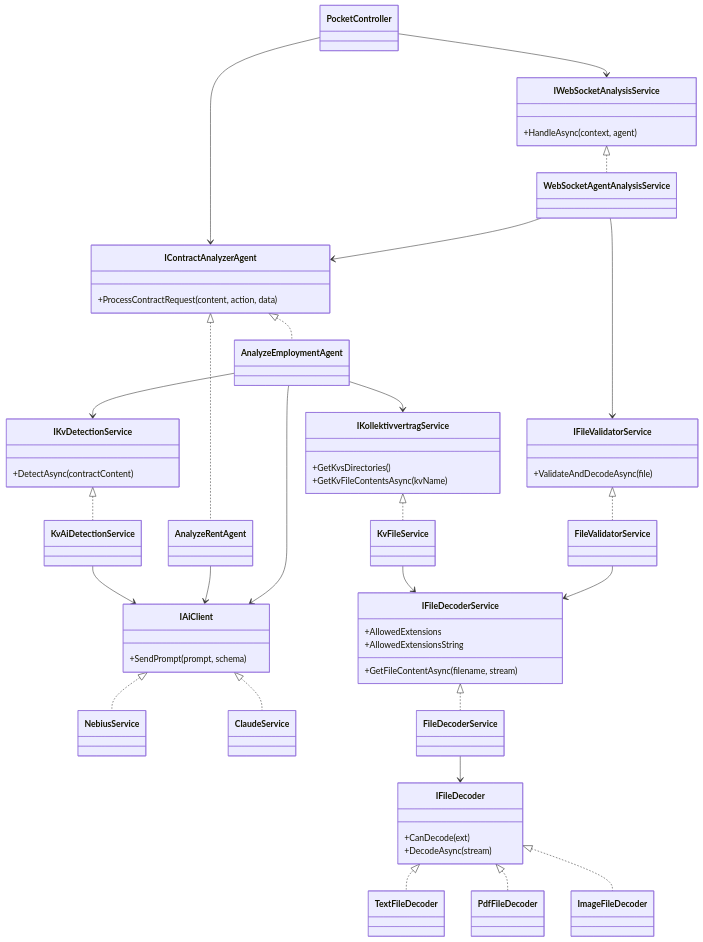
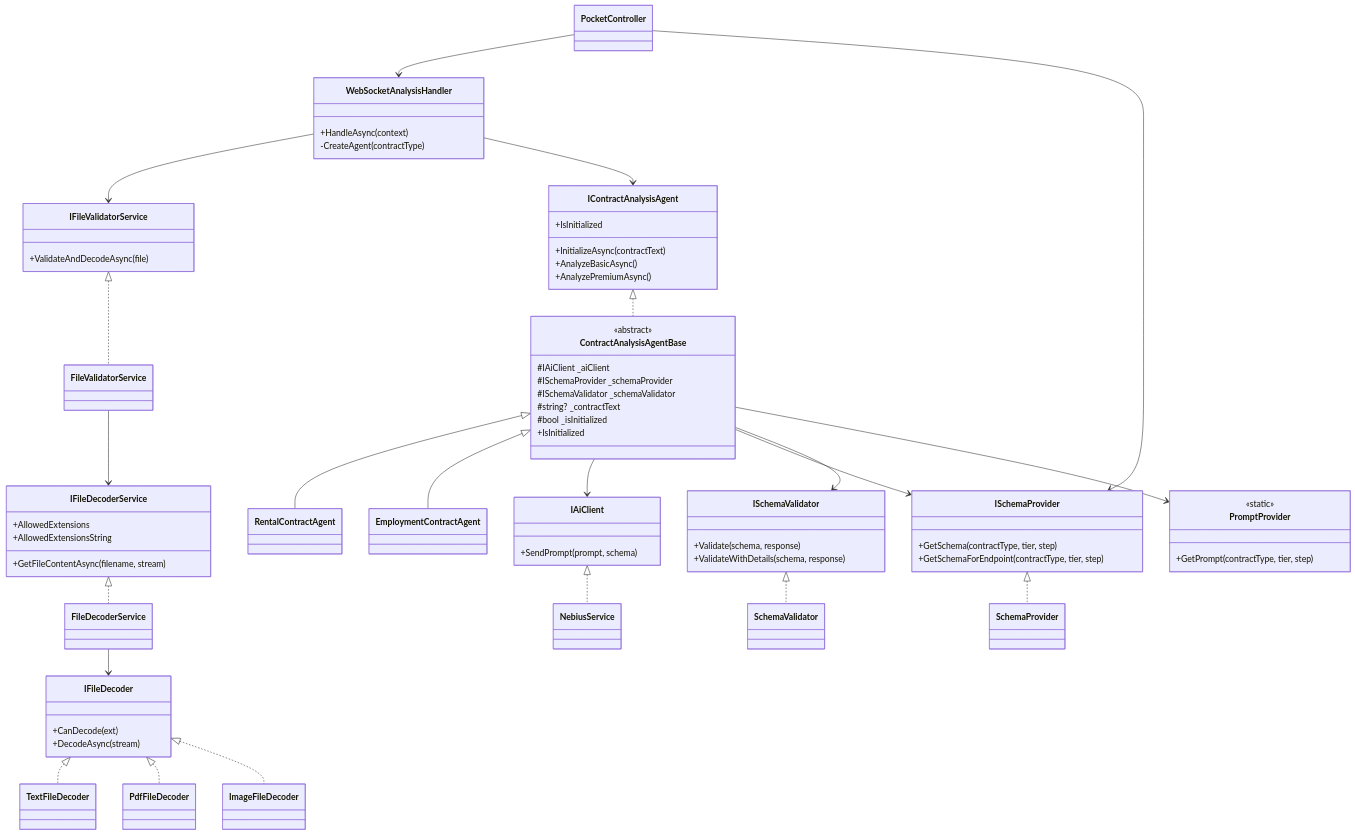
The ninth of 9 diagrams in docs/Diagrams/diagrams.md (sebastian-305/PocketLawyer), drawn with Mermaid before and after one commit. The commit also changed other lines of this file and 85 other files, not shown here.

Commit message:
Big rework. New Agent logic. New output design. Automatic rendering wich Schema-Styling information. SST.

````diff
--- a/docs/Diagrams/diagrams.md
+++ b/docs/Diagrams/diagrams.md
@@ -475,29 +606,58 @@
         +SendPrompt(prompt, schema)
     }
     class NebiusService
-    class ClaudeService
     IAiClient <|.. NebiusService
-    IAiClient <|.. ClaudeService
 
-    class IContractAnalyzerAgent {
-        +ProcessContractRequest(content, action, data)
+    class IContractAnalysisAgent {
+        +InitializeAsync(contractText)
+        +AnalyzeBasicAsync()
+        +AnalyzePremiumAsync()
+        +IsInitialized
     }
-    class AnalyzeEmploymentAgent
-    class AnalyzeRentAgent
-    IContractAnalyzerAgent <|.. AnalyzeEmploymentAgent
-    IContractAnalyzerAgent <|.. AnalyzeRentAgent
-    AnalyzeEmploymentAgent --> IAiClient
-    AnalyzeEmploymentAgent --> IKvDetectionService
-    AnalyzeEmploymentAgent --> IKollektivvertragService
-    AnalyzeRentAgent --> IAiClient
+    class ContractAnalysisAgentBase {
+        <<abstract>>
+        #IAiClient _aiClient
+        #ISchemaProvider _schemaProvider
+        #ISchemaValidator _schemaValidator
+        #string? _contractText
+        #bool _isInitialized
+        +IsInitialized
+    }
+    class RentalContractAgent
+    class EmploymentContractAgent
+    IContractAnalysisAgent <|.. ContractAnalysisAgentBase
+    ContractAnalysisAgentBase <|-- RentalContractAgent
+    ContractAnalysisAgentBase <|-- EmploymentContractAgent
+    ContractAnalysisAgentBase --> IAiClient
+    ContractAnalysisAgentBase --> ISchemaProvider
+    ContractAnalysisAgentBase --> ISchemaValidator
+    ContractAnalysisAgentBase --> PromptProvider
 
-    class IWebSocketAnalysisService {
-        +HandleAsync(context, agent)
+    class ISchemaProvider {
+        +GetSchema(contractType, tier, step)
+        +GetSchemaForEndpoint(contractType, tier, step)
     }
-    class WebSocketAgentAnalysisService
-    IWebSocketAnalysisService <|.. WebSocketAgentAnalysisService
-    WebSocketAgentAnalysisService --> IFileValidatorService
-    WebSocketAgentAnalysisService --> IContractAnalyzerAgent
+    class SchemaProvider
+    ISchemaProvider <|.. SchemaProvider
+
+    class ISchemaValidator {
+        +Validate(schema, response)
+        +ValidateWithDetails(schema, response)
+    }
+    class SchemaValidator
+    ISchemaValidator <|.. SchemaValidator
+
+    class PromptProvider {
+        <<static>>
+        +GetPrompt(contractType, tier, step)
+    }
+
+    class WebSocketAnalysisHandler {
+        +HandleAsync(context)
+        -CreateAgent(contractType)
+    }
+    WebSocketAnalysisHandler --> IFileValidatorService
+    WebSocketAnalysisHandler --> IContractAnalysisAgent
 
     class IFileDecoder {
         +CanDecode(ext)
@@ -526,22 +686,7 @@
     IFileValidatorService <|.. FileValidatorService
     FileValidatorService --> IFileDecoderService
 
-    class IKvDetectionService {
-        +DetectAsync(contractContent)
-    }
-    class KvAiDetectionService
-    IKvDetectionService <|.. KvAiDetectionService
-    KvAiDetectionService --> IAiClient
-
-    class IKollektivvertragService {
-        +GetKvsDirectories()
-        +GetKvFileContentsAsync(kvName)
-    }
-    class KvFileService
-    IKollektivvertragService <|.. KvFileService
-    KvFileService --> IFileDecoderService
-
     class PocketController
-    PocketController --> IWebSocketAnalysisService
-    PocketController --> IContractAnalyzerAgent
+    PocketController --> WebSocketAnalysisHandler
+    PocketController --> ISchemaProvider
 ```
````
